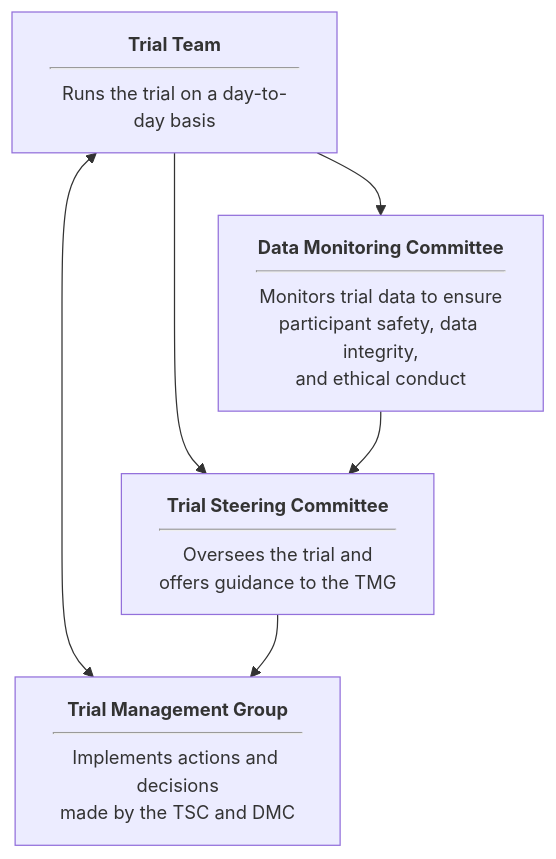
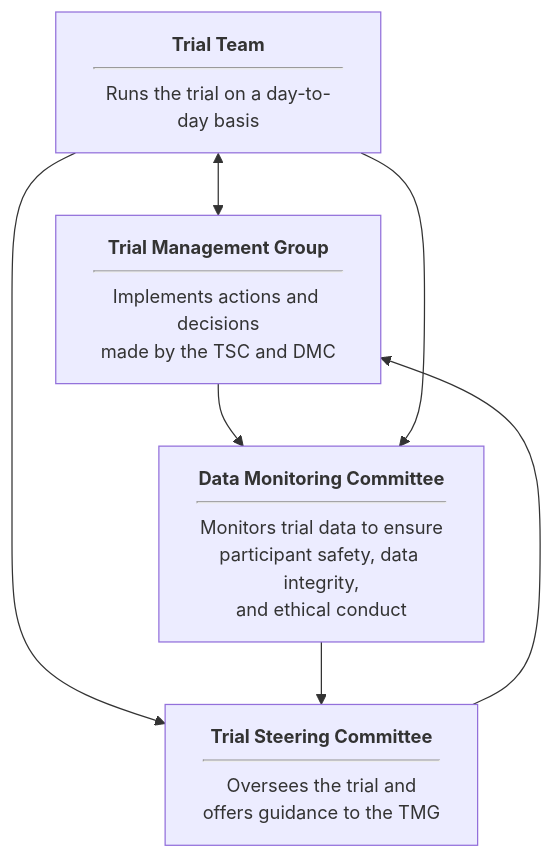
One commit to martingerdin/advance-trauma-trial changed the diagram in shared-assets/trial-organisation.qmd. Above: the diagram before and after it, drawn with Mermaid. The commit also changed other lines of this file and 4 other files, not shown here.

````diff
--- a/shared-assets/trial-organisation.qmd
+++ b/shared-assets/trial-organisation.qmd
@@ -4,14 +4,15 @@
 ```{mermaid}
 flowchart
     %%{init:{'flowchart':{'nodeSpacing': 50,'rankSpacing': 50,'curve': 'basis'}, 'themeVariables':{'darkMode': true, 'fontSize': '11pt'}}}%%
     direction TB
     TT[<b>Trial Team</b><hr>Runs the trial on a day-to-day basis]
     TMG[<b>Trial Management Group</b><hr>Implements actions and decisions<br>made by the TSC and DMC]
     TSC[<b>Trial Steering Committee</b><hr>Oversees the trial and<br>offers guidance to the TMG]
     DMC[<b>Data Monitoring Committee</b><hr>Monitors trial data to ensure<br>participant safety, data integrity,<br>and ethical conduct]
     TT <--> TMG
+    TMG --> DMC
     TT --> DMC
     TT --> TSC
     TSC --> TMG
     DMC --> TSC
 ``` 
````
